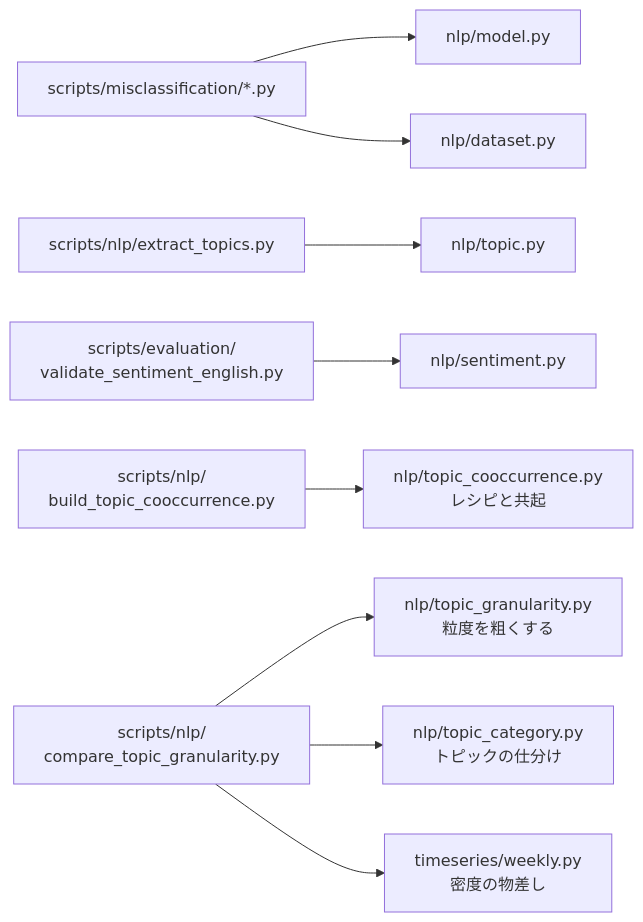
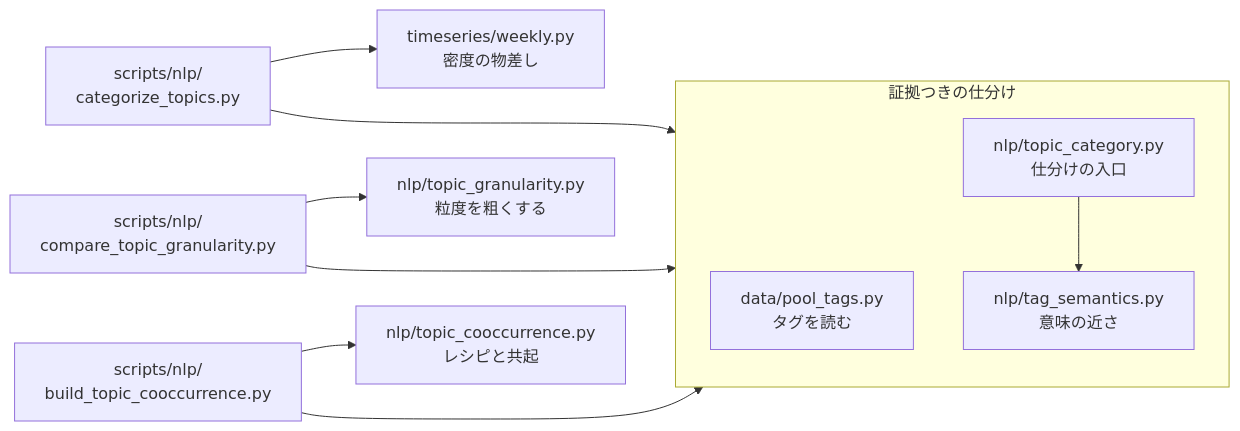
The fourth of 4 diagrams in src/README.md (rindguitar/game-demand-forecast), drawn with Mermaid before and after one commit. The commit also changed other lines of this file and 10 other files, not shown here.

````diff
--- a/src/README.md
+++ b/src/README.md
@@ -47,11 +59,18 @@
 ```mermaid
 flowchart LR
-    AN["scripts/misclassification/*.py"] --> MD2["nlp/model.py"]
-    AN --> DS2["nlp/dataset.py"]
-    ET["scripts/nlp/extract_topics.py"] --> TP["nlp/topic.py"]
-    VA2["scripts/evaluation/<br/>validate_sentiment_english.py"] --> SN["nlp/sentiment.py"]
+    CT["scripts/nlp/<br/>categorize_topics.py"] --> WK["timeseries/weekly.py<br/>密度の物差し"]
+    CG["scripts/nlp/<br/>compare_topic_granularity.py"] --> TG["nlp/topic_granularity.py<br/>粒度を粗くする"]
     CO["scripts/nlp/<br/>build_topic_cooccurrence.py"] --> TQ["nlp/topic_cooccurrence.py<br/>レシピと共起"]
-    CG["scripts/nlp/<br/>compare_topic_granularity.py"] --> TG["nlp/topic_granularity.py<br/>粒度を粗くする"]
-    CG --> TC2["nlp/topic_category.py<br/>トピックの仕分け"]
-    CG --> WK["timeseries/weekly.py<br/>密度の物差し"]
+    CT --> CLS
+    CG --> CLS
+    CO --> CLS
+    %% 見えない線（~~~）は、箱を右端の列に置いて交差を消すためのもの
+    WK ~~~ CLS
+    TQ ~~~ CLS
+    TG ~~~ CLS
+    subgraph CLS["証拠つきの仕分け"]
+        direction TB
+        PT["data/pool_tags.py<br/>タグを読む"]
+        TC["nlp/topic_category.py<br/>仕分けの入口"] --> TS["nlp/tag_semantics.py<br/>意味の近さ"]
+    end
 ```
````
